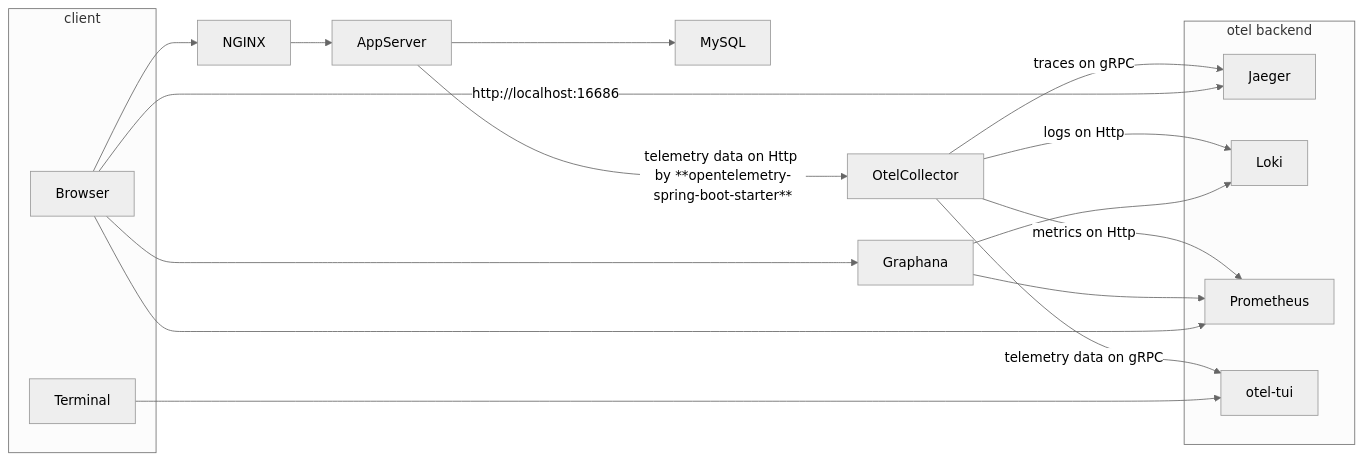
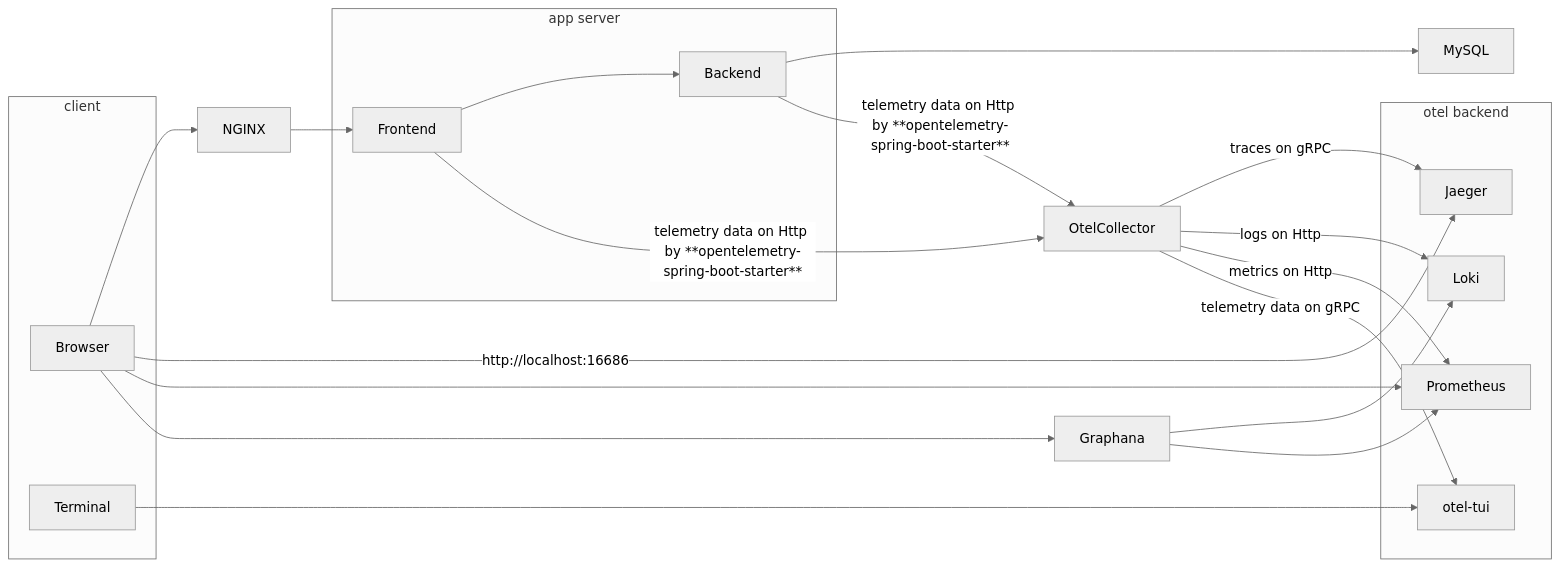
The diagram in README.md (yuizho/springboot-otel-demo), drawn with Mermaid (neutral theme) before and after one commit.

Commit message:
Update README.md
to Update Archtecture Overview

````diff
--- a/README.md
+++ b/README.md
@@ -11,27 +11,36 @@
 ```mermaid
   flowchart LR
     subgraph client
     Browser
     Terminal
     end
+
     subgraph otel backend
     Jaeger
     Loki
     Prometheus
     otel-tui
     end
+
+    subgraph app server
+    Frontend
+    Backend
+    end
+
     Browser --> NGINX
-    NGINX --> AppServer
-    AppServer --> MySQL
-    AppServer --telemetry data on Http by **opentelemetry-spring-boot-starter**---> OtelCollector
+    NGINX --> Frontend
+    Frontend --> Backend
+    Backend ---> MySQL
+    Backend --telemetry data on Http by **opentelemetry-spring-boot-starter**--> OtelCollector
+    Frontend --telemetry data on Http by **opentelemetry-spring-boot-starter**--> OtelCollector
     OtelCollector --traces on gRPC--> Jaeger
     OtelCollector --logs on Http--> Loki
     OtelCollector --metrics on Http--> Prometheus
     OtelCollector --telemetry data on gRPC-->otel-tui
     Graphana --> Loki
     Graphana --> Prometheus
     Browser --"http://localhost:16686"--> Jaeger
     Browser --> Prometheus
     Browser --> Graphana
     Terminal --> otel-tui
 ```
````
